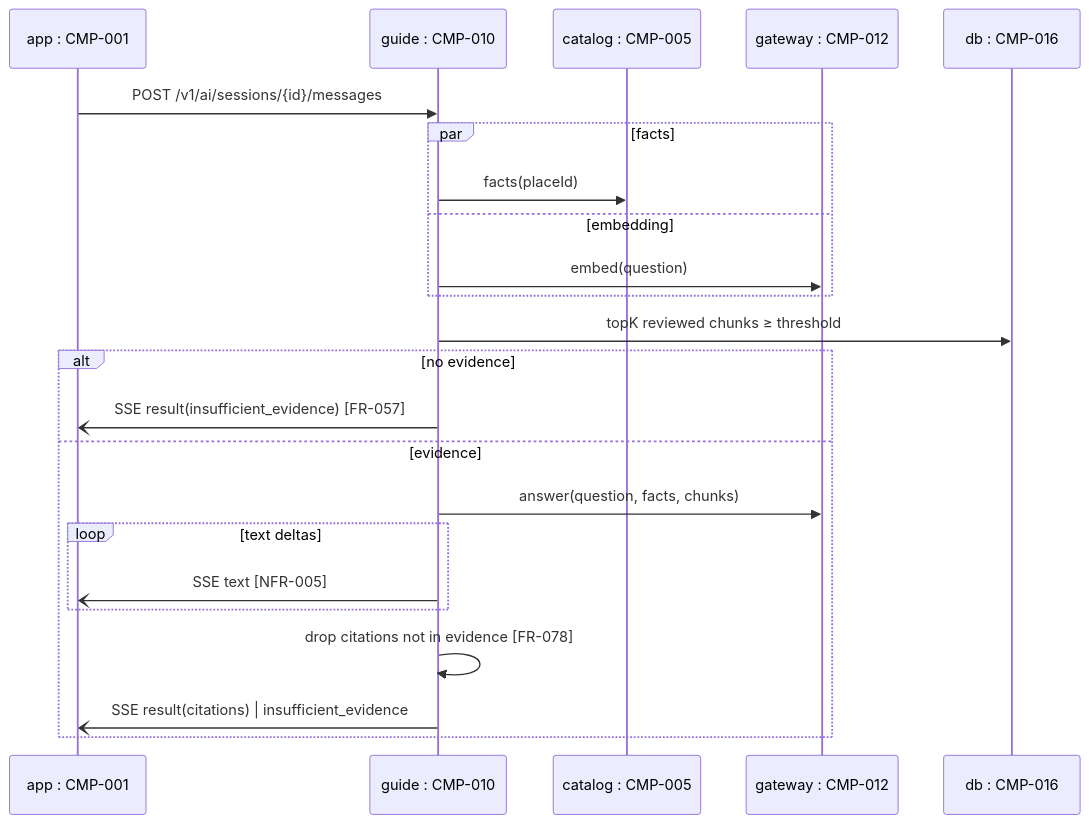
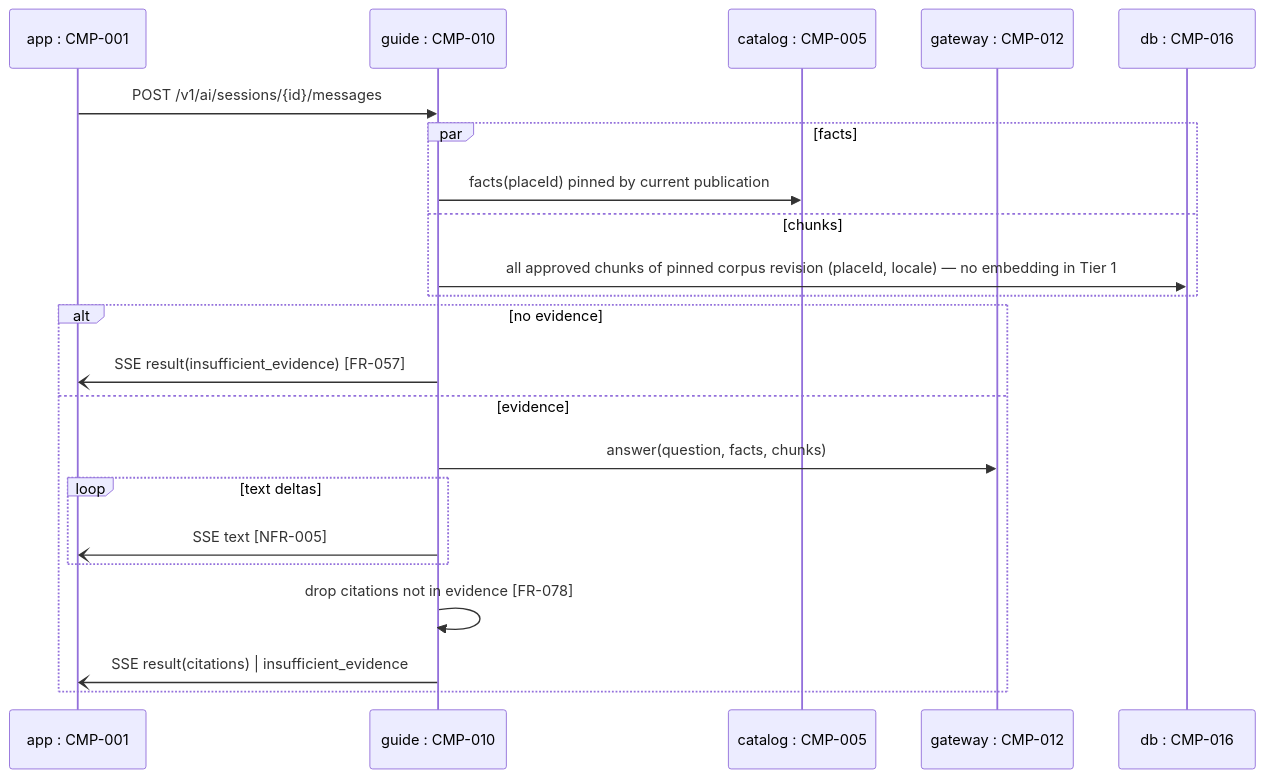
Before and after one commit to lnt-h/fyp_dana: the fourth of 10 diagrams in docs/04-design/diagrams/README.md, drawn with Mermaid. The commit also changed other lines of this file and 19 other files, not shown here.

````diff
--- a/docs/04-design/diagrams/README.md
+++ b/docs/04-design/diagrams/README.md
@@ -178,25 +178,24 @@
 ```mermaid
 sequenceDiagram
     participant APP as app : CMP-001
     participant GD as guide : CMP-010
     participant CAT as catalog : CMP-005
     participant AI as gateway : CMP-012
     participant DB as db : CMP-016
     APP->>GD: POST /v1/ai/sessions/{id}/messages
     par facts
-        GD->>CAT: facts(placeId)
-    and embedding
-        GD->>AI: embed(question)
+        GD->>CAT: facts(placeId) pinned by current publication
+    and chunks
+        GD->>DB: all approved chunks of pinned corpus revision (placeId, locale) — no embedding in Tier 1
     end
-    GD->>DB: topK reviewed chunks ≥ threshold
     alt no evidence
         GD-)APP: SSE result(insufficient_evidence) [FR-057]
     else evidence
         GD->>AI: answer(question, facts, chunks)
         loop text deltas
             GD-)APP: SSE text [NFR-005]
         end
         GD->>GD: drop citations not in evidence [FR-078]
         GD-)APP: SSE result(citations) | insufficient_evidence
     end
 ```
````
